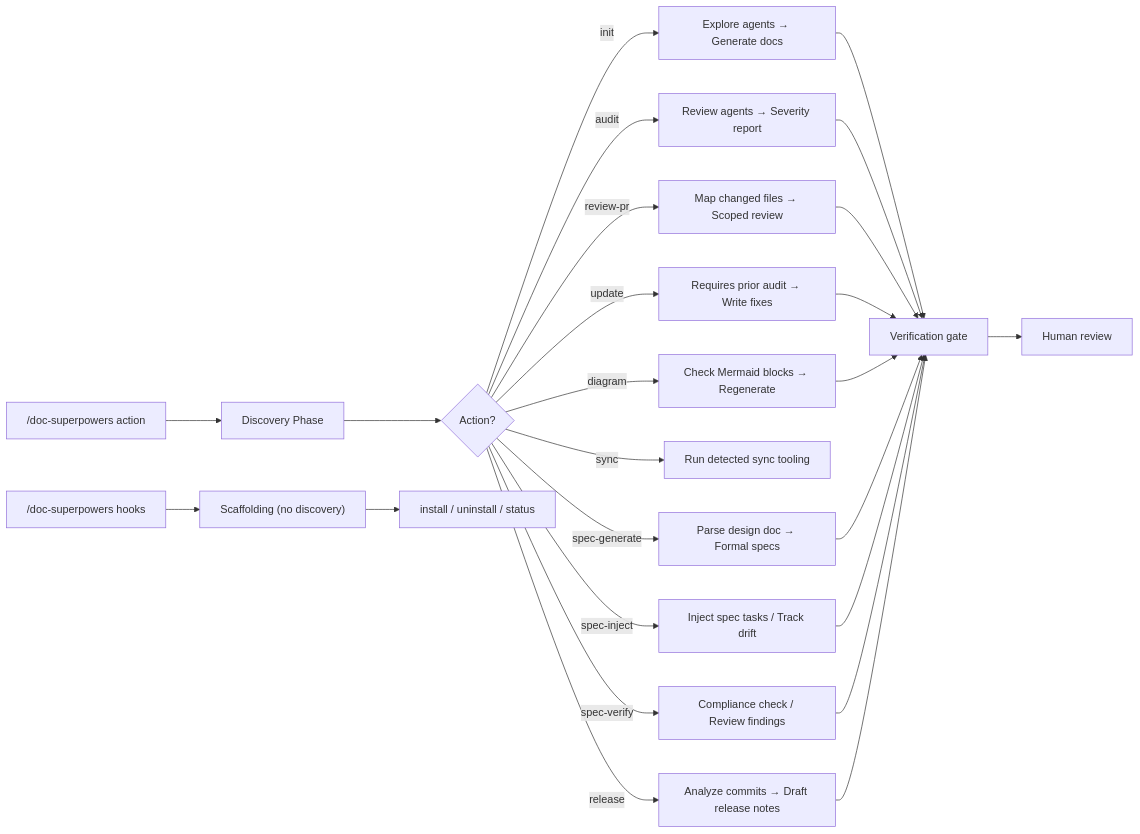
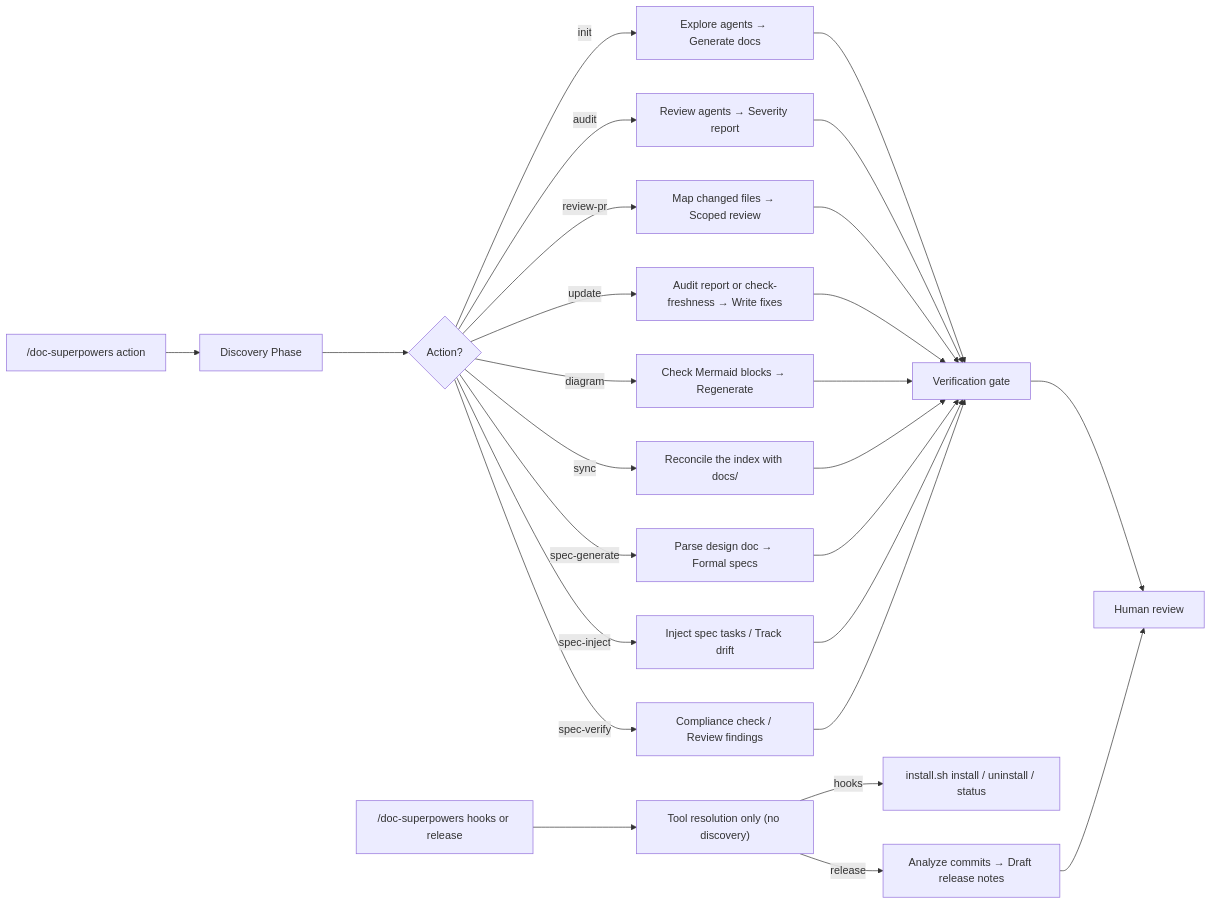
The first of 10 diagrams in docs/workflows/doc-superpowers.md (woodrowpearson/doc-superpowers), drawn with Mermaid before and after one commit. The commit also changed other lines of this file and 22 other files, not shown here.

````diff
--- a/docs/workflows/doc-superpowers.md
+++ b/docs/workflows/doc-superpowers.md
@@ -18,28 +18,29 @@
 ```mermaid
 flowchart LR
   A["/doc-superpowers action"] --> B["Discovery Phase"]
   B --> C{Action?}
   C -->|init| D["Explore agents → Generate docs"]
   C -->|audit| E["Review agents → Severity report"]
   C -->|review-pr| F["Map changed files → Scoped review"]
-  C -->|update| G["Requires prior audit → Write fixes"]
+  C -->|update| G["Audit report or check-freshness → Write fixes"]
   C -->|diagram| H["Check Mermaid blocks → Regenerate"]
-  C -->|sync| I["Run detected sync tooling"]
-  C -->|release| R["Analyze commits → Draft release notes"]
+  C -->|sync| I["Reconcile the index with docs/"]
   C -->|spec-generate| SG["Parse design doc → Formal specs"]
   C -->|spec-inject| SI["Inject spec tasks / Track drift"]
   C -->|spec-verify| SV["Compliance check / Review findings"]
   D --> J["Verification gate"]
   E --> J
   F --> J
   G --> J
   H --> J
+  I --> J
   SG --> J
   SI --> J
   SV --> J
-  R --> J
   J --> K["Human review"]
 
-  A2["/doc-superpowers hooks"] --> L["Scaffolding (no discovery)"]
-  L --> M["install / uninstall / status"]
+  A2["/doc-superpowers hooks or release"] --> L["Tool resolution only (no discovery)"]
+  L -->|hooks| M["install.sh install / uninstall / status"]
+  L -->|release| R["Analyze commits → Draft release notes"]
+  R --> K
 ```
````
